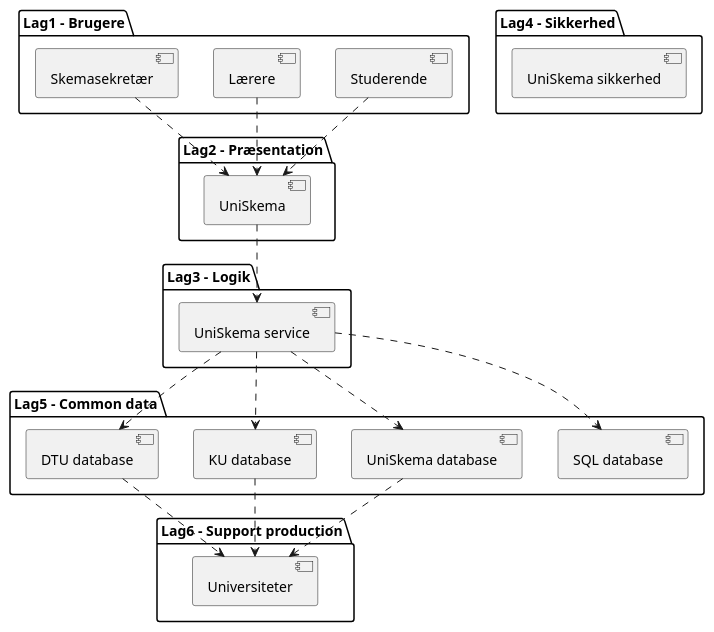
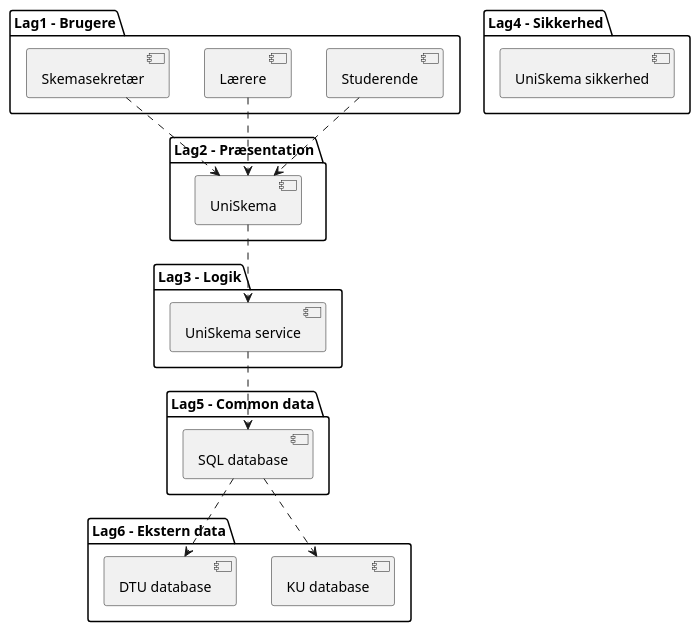
The diagram in Diagrams/arkitektur diagram.puml (MadsSchroder/Systemudvikling-Eksamen-KU), drawn with PlantUML before and after one commit. The commit also changed 1 other file, not shown here.

```diff
--- a/Diagrams/arkitektur diagram.puml
+++ b/Diagrams/arkitektur diagram.puml
@@ -1,44 +1,38 @@
 @startuml
 package "Lag1 - Brugere" {
   [Studerende]
   [Lærere]
   [Skemasekretær]
 }
 
 package "Lag2 - Præsentation" {
   [UniSkema]
 }
 
 package "Lag3 - Logik" {
   [UniSkema service]
 }
 
 package "Lag4 - Sikkerhed" {
     [UniSkema sikkerhed]
 }
 
 package "Lag5 - Common data" {
     [SQL database]
-    [UniSkema database]
+}
+
+package "Lag6 - Ekstern data" {
     [KU database]
     [DTU database]
-}
-
-package "Lag6 - Support production" {
-    [Universiteter]
 }
 
 [Studerende] ..> [UniSkema]
 [Skemasekretær] ..> [UniSkema]
 [Lærere] ..> [UniSkema]
 [UniSkema] ..> [UniSkema service]
 [UniSkema service] ..> [SQL database]
-[UniSkema service] ..> [UniSkema database]
-[UniSkema service] ..> [KU database]
-[UniSkema service] ..> [DTU database]
+[SQL database] ..> [KU database]
+[SQL database] ..> [DTU database]
 
-[UniSkema database] ..> [Universiteter]
-[KU database] ..> [Universiteter]
-[DTU database] ..> [Universiteter]
 
 @enduml
```
